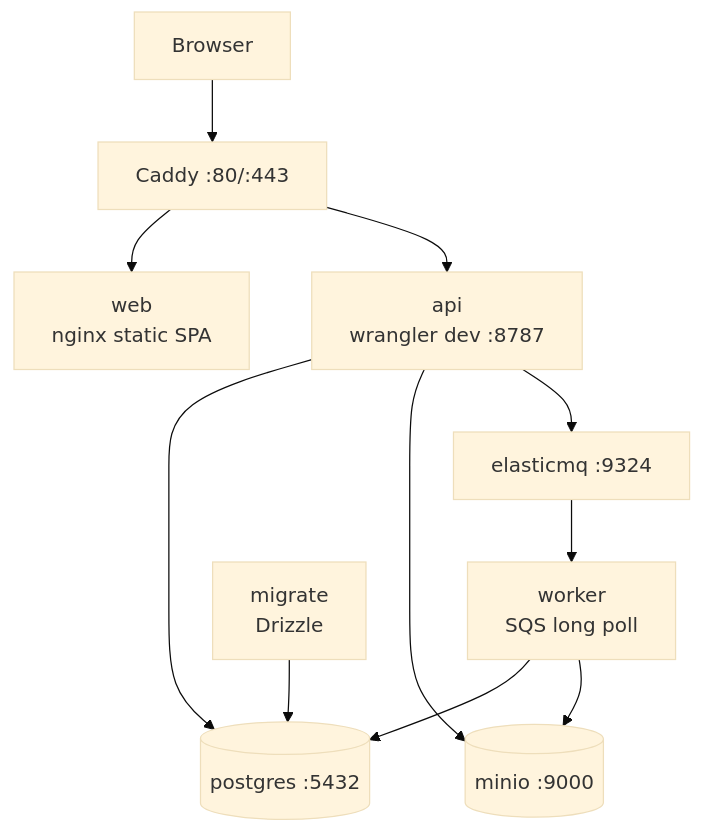
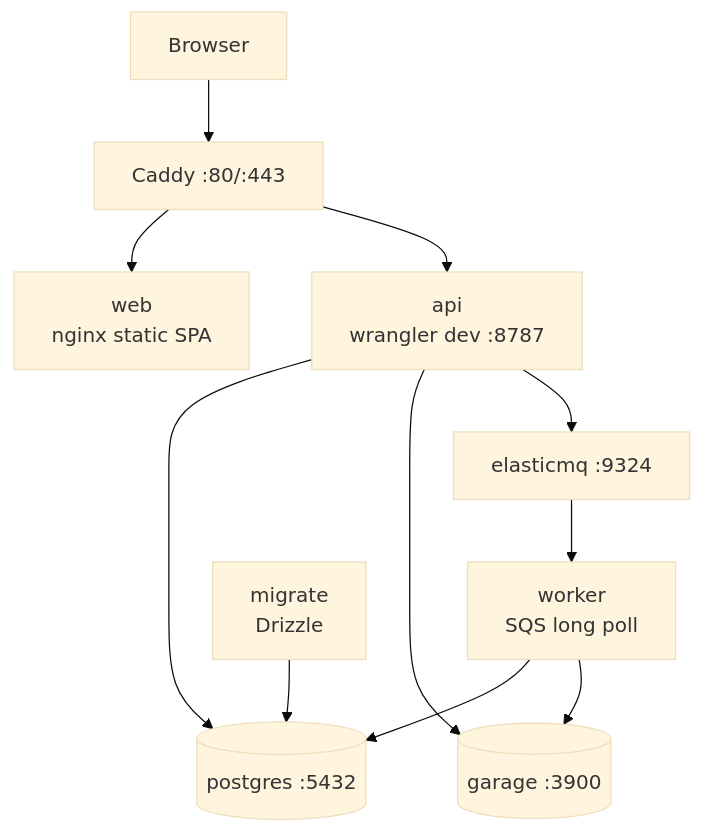
Before and after one commit to yukiharada1228/videoq: the first of 2 diagrams in apps/docs/i18n/ja/docusaurus-plugin-content-docs/current/design/deployment-diagram.md, drawn with Mermaid (base theme). The commit also changed 30 other files, not shown here.

````diff
--- a/apps/docs/i18n/ja/docusaurus-plugin-content-docs/current/design/deployment-diagram.md
+++ b/apps/docs/i18n/ja/docusaurus-plugin-content-docs/current/design/deployment-diagram.md
@@ -9,13 +9,13 @@
 ```mermaid
 flowchart TB
     Browser --> Gateway[Caddy :80/:443]
     Gateway --> Web[web<br/>nginx static SPA]
     Gateway --> API[api<br/>wrangler dev :8787]
     API --> DB[(postgres :5432)]
-    API --> Object[(minio :9000)]
+    API --> Object[(garage :3900)]
     API --> Queue[elasticmq :9324]
     Queue --> Worker[worker<br/>SQS long poll]
     Worker --> DB
     Worker --> Object
     Migrate[migrate<br/>Drizzle] --> DB
 ```
````
